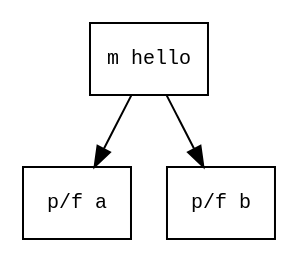
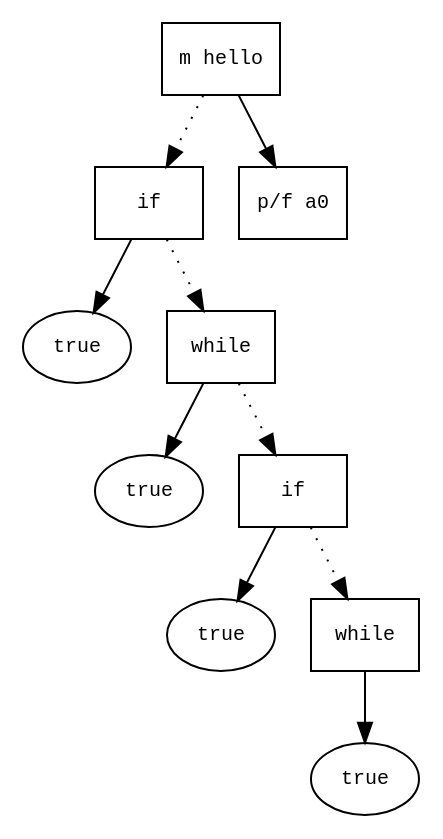
Before and after one commit to Hyunjin95/Compilers: the diagram in 2.Parsing/mytest.mod.ast.dot, drawn with Graphviz. The commit also changed 18 other files, not shown here.

```diff
--- a/2.Parsing/mytest.mod.ast.dot
+++ b/2.Parsing/mytest.mod.ast.dot
@@ -1,11 +1,25 @@
 digraph AST {
   graph [fontname="Times New Roman",fontsize=10];
   node  [fontname="Courier New",fontsize=10];
   edge  [fontname="Times New Roman",fontsize=10];
 
   node0 [label="m hello",shape=box];
-  node1 [label="p/f a",shape=box];
+  node3 [label="if",shape=box];
+  node2 [label="true",shape=ellipse];
+  node3->node2;
+  node0 -> node3 [style=dotted];
+  node5 [label="while",shape=box];
+  node4 [label="true",shape=ellipse];
+  node5->node4;
+  node3 -> node5 [style=dotted];
+  node7 [label="if",shape=box];
+  node6 [label="true",shape=ellipse];
+  node7->node6;
+  node5 -> node7 [style=dotted];
+  node9 [label="while",shape=box];
+  node8 [label="true",shape=ellipse];
+  node9->node8;
+  node7 -> node9 [style=dotted];
+  node1 [label="p/f a0",shape=box];
   node0 -> node1;
-  node2 [label="p/f b",shape=box];
-  node0 -> node2;
 }
```
